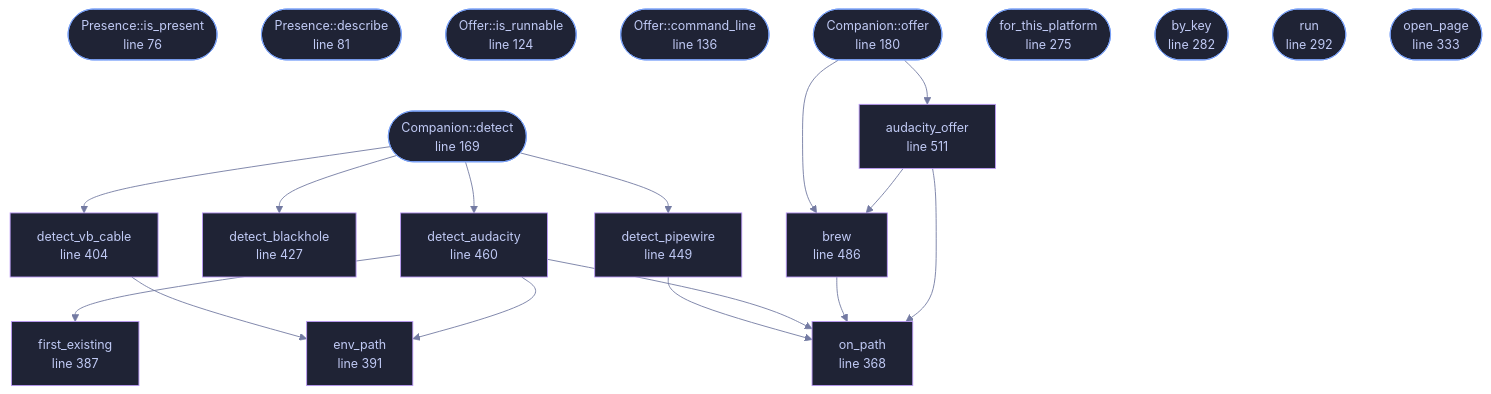
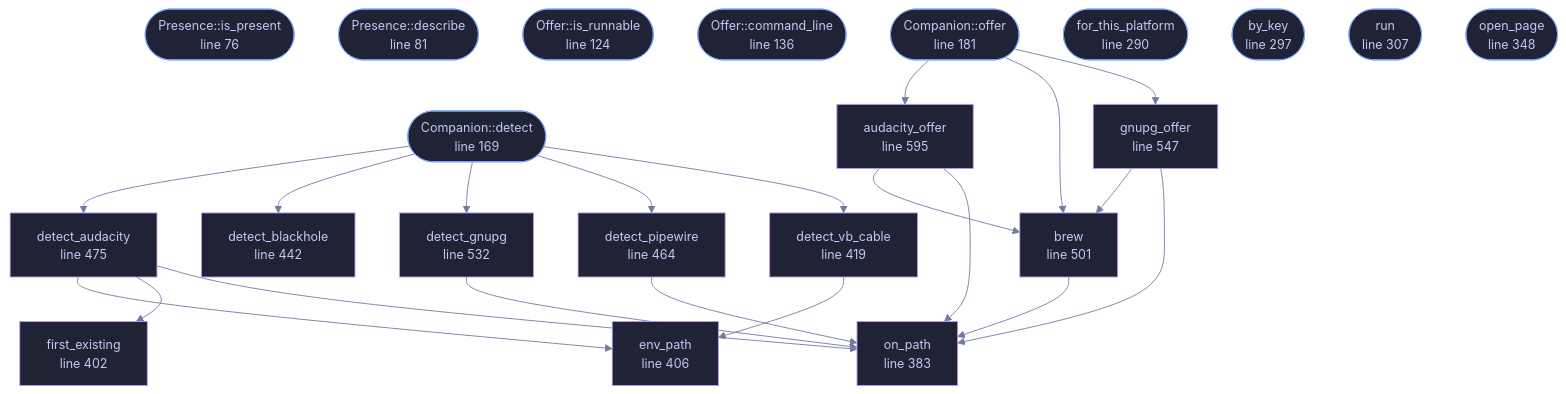
The diagram in docs/files/veilvoice-setup/companions.md (tilas01/veilvoice), drawn with Mermaid before and after one commit. The commit also changed other lines of this file and 94 other files, not shown here.

````diff
--- a/docs/files/veilvoice-setup/companions.md
+++ b/docs/files/veilvoice-setup/companions.md
@@ -120,60 +120,69 @@
 ```mermaid
 %%{init: {"theme":"base","themeVariables":{"background":"#1a1b26","primaryColor":"#1f2335","primaryTextColor":"#c0caf5","primaryBorderColor":"#7aa2f7","secondaryColor":"#16161e","tertiaryColor":"#16161e","lineColor":"#737aa2","textColor":"#c0caf5","mainBkg":"#1f2335","nodeBorder":"#7aa2f7","clusterBkg":"#16161e","clusterBorder":"#2f3549","fontFamily":"ui-monospace, SFMono-Regular, Consolas, monospace","fontSize":"14px"}}}%%
 flowchart TD
     n_is_present(["Presence::is_present<br/>line 76"])
     n_describe(["Presence::describe<br/>line 81"])
     n_is_runnable(["Offer::is_runnable<br/>line 124"])
     n_command_line(["Offer::command_line<br/>line 136"])
     n_detect(["Companion::detect<br/>line 169"])
-    n_offer(["Companion::offer<br/>line 180"])
-    n_for_this_platform(["for_this_platform<br/>line 275"])
-    n_by_key(["by_key<br/>line 282"])
-    n_run(["run<br/>line 292"])
-    n_open_page(["open_page<br/>line 333"])
-    n_on_path["on_path<br/>line 368"]
-    n_first_existing["first_existing<br/>line 387"]
-    n_env_path["env_path<br/>line 391"]
-    n_detect_vb_cable["detect_vb_cable<br/>line 404"]
-    n_detect_blackhole["detect_blackhole<br/>line 427"]
-    n_detect_pipewire["detect_pipewire<br/>line 449"]
-    n_detect_audacity["detect_audacity<br/>line 460"]
-    n_brew["brew<br/>line 486"]
-    n_audacity_offer["audacity_offer<br/>line 511"]
+    n_offer(["Companion::offer<br/>line 181"])
+    n_for_this_platform(["for_this_platform<br/>line 290"])
+    n_by_key(["by_key<br/>line 297"])
+    n_run(["run<br/>line 307"])
+    n_open_page(["open_page<br/>line 348"])
+    n_on_path["on_path<br/>line 383"]
+    n_first_existing["first_existing<br/>line 402"]
+    n_env_path["env_path<br/>line 406"]
+    n_detect_vb_cable["detect_vb_cable<br/>line 419"]
+    n_detect_blackhole["detect_blackhole<br/>line 442"]
+    n_detect_pipewire["detect_pipewire<br/>line 464"]
+    n_detect_audacity["detect_audacity<br/>line 475"]
+    n_brew["brew<br/>line 501"]
+    n_detect_gnupg["detect_gnupg<br/>line 532"]
+    n_gnupg_offer["gnupg_offer<br/>line 547"]
+    n_audacity_offer["audacity_offer<br/>line 595"]
     n_audacity_offer --> n_brew
     n_audacity_offer --> n_on_path
     n_brew --> n_on_path
     n_detect --> n_detect_audacity
     n_detect --> n_detect_blackhole
+    n_detect --> n_detect_gnupg
     n_detect --> n_detect_pipewire
     n_detect --> n_detect_vb_cable
     n_detect_audacity --> n_env_path
     n_detect_audacity --> n_first_existing
     n_detect_audacity --> n_on_path
+    n_detect_gnupg --> n_on_path
     n_detect_pipewire --> n_on_path
     n_detect_vb_cable --> n_env_path
+    n_gnupg_offer --> n_brew
+    n_gnupg_offer --> n_on_path
     n_offer --> n_audacity_offer
     n_offer --> n_brew
+    n_offer --> n_gnupg_offer
     click n_is_present href "https://github.com/tilas01/veilvoice/blob/main/crates/veilvoice-setup/src/companions.rs#L76" "open the source"
     click n_describe href "https://github.com/tilas01/veilvoice/blob/main/crates/veilvoice-setup/src/companions.rs#L81" "open the source"
     click n_is_runnable href "https://github.com/tilas01/veilvoice/blob/main/crates/veilvoice-setup/src/companions.rs#L124" "open the source"
     click n_command_line href "https://github.com/tilas01/veilvoice/blob/main/crates/veilvoice-setup/src/companions.rs#L136" "open the source"
     click n_detect href "https://github.com/tilas01/veilvoice/blob/main/crates/veilvoice-setup/src/companions.rs#L169" "open the source"
-    click n_offer href "https://github.com/tilas01/veilvoice/blob/main/crates/veilvoice-setup/src/companions.rs#L180" "open the source"
-    click n_for_this_platform href "https://github.com/tilas01/veilvoice/blob/main/crates/veilvoice-setup/src/companions.rs#L275" "open the source"
-    click n_by_key href "https://github.com/tilas01/veilvoice/blob/main/crates/veilvoice-setup/src/companions.rs#L282" "open the source"
-    click n_run href "https://github.com/tilas01/veilvoice/blob/main/crates/veilvoice-setup/src/companions.rs#L292" "open the source"
-    click n_open_page href "https://github.com/tilas01/veilvoice/blob/main/crates/veilvoice-setup/src/companions.rs#L333" "open the source"
-    click n_on_path href "https://github.com/tilas01/veilvoice/blob/main/crates/veilvoice-setup/src/companions.rs#L368" "open the source"
-    click n_first_existing href "https://github.com/tilas01/veilvoice/blob/main/crates/veilvoice-setup/src/companions.rs#L387" "open the source"
-    click n_env_path href "https://github.com/tilas01/veilvoice/blob/main/crates/veilvoice-setup/src/companions.rs#L391" "open the source"
-    click n_detect_vb_cable href "https://github.com/tilas01/veilvoice/blob/main/crates/veilvoice-setup/src/companions.rs#L404" "open the source"
-    click n_detect_blackhole href "https://github.com/tilas01/veilvoice/blob/main/crates/veilvoice-setup/src/companions.rs#L427" "open the source"
-    click n_detect_pipewire href "https://github.com/tilas01/veilvoice/blob/main/crates/veilvoice-setup/src/companions.rs#L449" "open the source"
-    click n_detect_audacity href "https://github.com/tilas01/veilvoice/blob/main/crates/veilvoice-setup/src/companions.rs#L460" "open the source"
-    click n_brew href "https://github.com/tilas01/veilvoice/blob/main/crates/veilvoice-setup/src/companions.rs#L486" "open the source"
-    click n_audacity_offer href "https://github.com/tilas01/veilvoice/blob/main/crates/veilvoice-setup/src/companions.rs#L511" "open the source"
+    click n_offer href "https://github.com/tilas01/veilvoice/blob/main/crates/veilvoice-setup/src/companions.rs#L181" "open the source"
+    click n_for_this_platform href "https://github.com/tilas01/veilvoice/blob/main/crates/veilvoice-setup/src/companions.rs#L290" "open the source"
+    click n_by_key href "https://github.com/tilas01/veilvoice/blob/main/crates/veilvoice-setup/src/companions.rs#L297" "open the source"
+    click n_run href "https://github.com/tilas01/veilvoice/blob/main/crates/veilvoice-setup/src/companions.rs#L307" "open the source"
+    click n_open_page href "https://github.com/tilas01/veilvoice/blob/main/crates/veilvoice-setup/src/companions.rs#L348" "open the source"
+    click n_on_path href "https://github.com/tilas01/veilvoice/blob/main/crates/veilvoice-setup/src/companions.rs#L383" "open the source"
+    click n_first_existing href "https://github.com/tilas01/veilvoice/blob/main/crates/veilvoice-setup/src/companions.rs#L402" "open the source"
+    click n_env_path href "https://github.com/tilas01/veilvoice/blob/main/crates/veilvoice-setup/src/companions.rs#L406" "open the source"
+    click n_detect_vb_cable href "https://github.com/tilas01/veilvoice/blob/main/crates/veilvoice-setup/src/companions.rs#L419" "open the source"
+    click n_detect_blackhole href "https://github.com/tilas01/veilvoice/blob/main/crates/veilvoice-setup/src/companions.rs#L442" "open the source"
+    click n_detect_pipewire href "https://github.com/tilas01/veilvoice/blob/main/crates/veilvoice-setup/src/companions.rs#L464" "open the source"
+    click n_detect_audacity href "https://github.com/tilas01/veilvoice/blob/main/crates/veilvoice-setup/src/companions.rs#L475" "open the source"
+    click n_brew href "https://github.com/tilas01/veilvoice/blob/main/crates/veilvoice-setup/src/companions.rs#L501" "open the source"
+    click n_detect_gnupg href "https://github.com/tilas01/veilvoice/blob/main/crates/veilvoice-setup/src/companions.rs#L532" "open the source"
+    click n_gnupg_offer href "https://github.com/tilas01/veilvoice/blob/main/crates/veilvoice-setup/src/companions.rs#L547" "open the source"
+    click n_audacity_offer href "https://github.com/tilas01/veilvoice/blob/main/crates/veilvoice-setup/src/companions.rs#L595" "open the source"
     classDef entry fill:#1f2335,stroke:#7aa2f7,color:#c0caf5
     class n_is_present,n_describe,n_is_runnable,n_command_line,n_detect,n_offer,n_for_this_platform,n_by_key,n_run,n_open_page entry
     classDef helper fill:#1f2335,stroke:#bb9af7,color:#c0caf5
-    class n_on_path,n_first_existing,n_env_path,n_detect_vb_cable,n_detect_blackhole,n_detect_pipewire,n_detect_audacity,n_brew,n_audacity_offer helper
+    class n_on_path,n_first_existing,n_env_path,n_detect_vb_cable,n_detect_blackhole,n_detect_pipewire,n_detect_audacity,n_brew,n_detect_gnupg,n_gnupg_offer,n_audacity_offer helper
 ```
````
